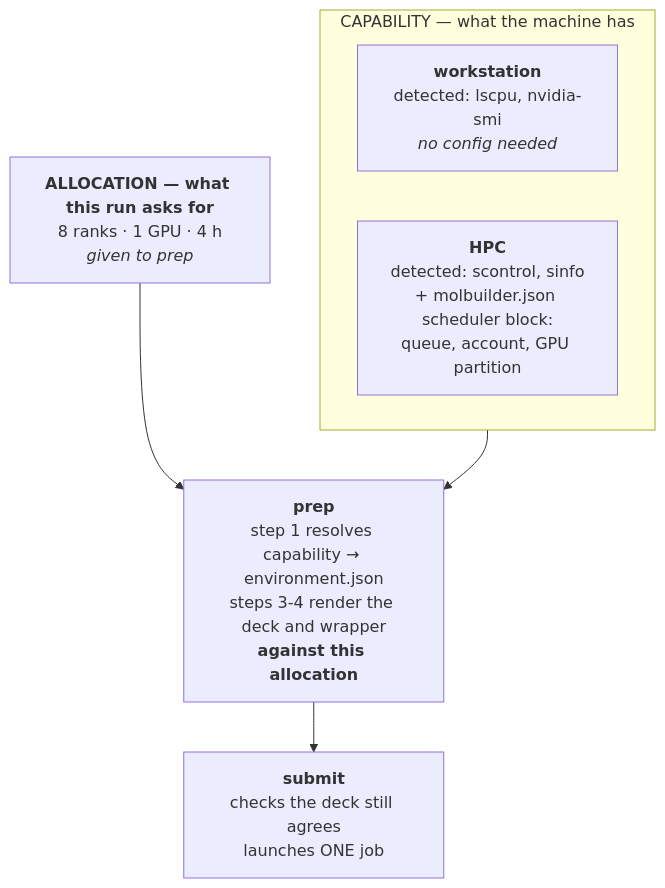
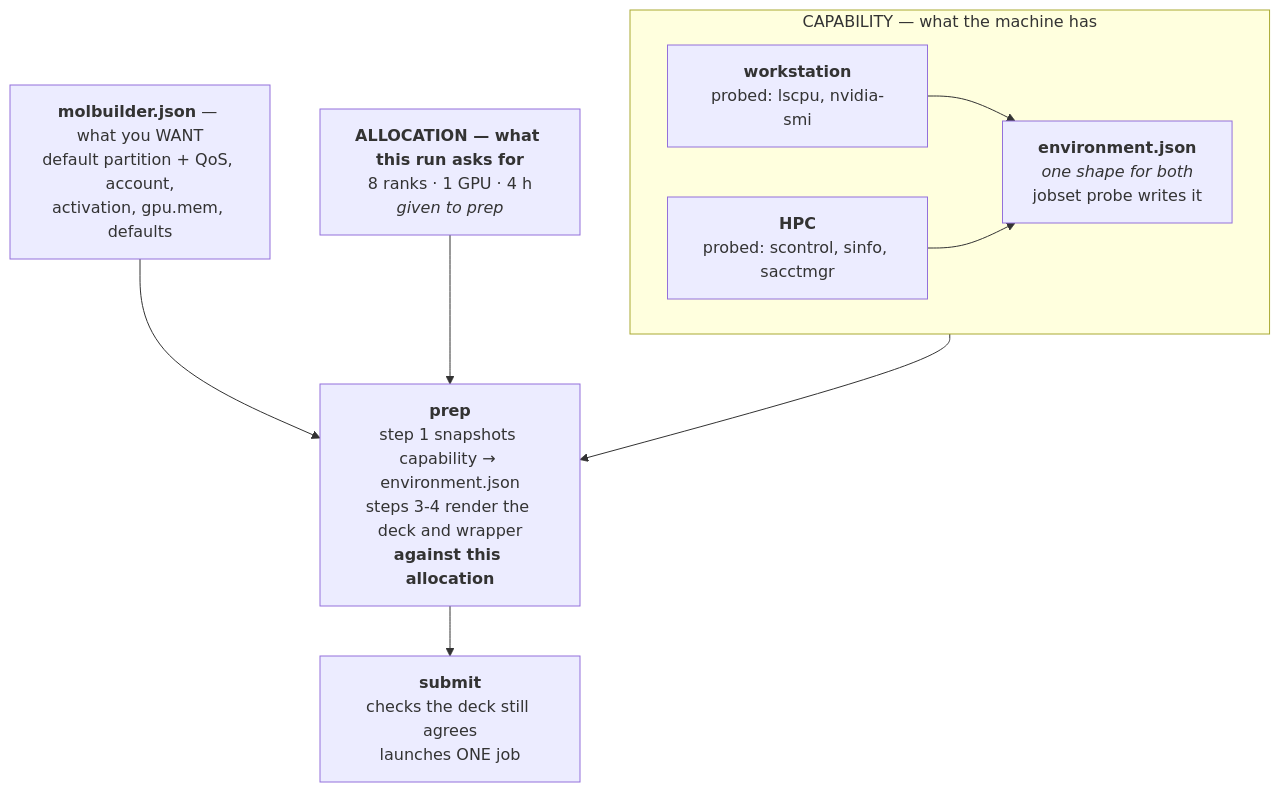
One commit to Qing-LAB/molbuilder changed the eighth of 11 diagrams in docs/execution/project-layout.md. Above: the diagram before and after it, drawn with Mermaid. The commit also changed other lines of this file and 85 other files, not shown here.

First line of the commit message:
refactor(contracts): one door per fact -- template path, GPU rule, machine-answered set

````diff
--- a/docs/execution/project-layout.md
+++ b/docs/execution/project-layout.md
@@ -883,14 +900,19 @@
 ```mermaid
 flowchart TB
     subgraph cap["CAPABILITY — what the machine has"]
       direction LR
-      W["<b>workstation</b><br/>detected: lscpu, nvidia-smi<br/><i>no config needed</i>"]
-      H["<b>HPC</b><br/>detected: scontrol, sinfo<br/>+ molbuilder.json scheduler block:<br/>queue, account, GPU partition"]
+      W["<b>workstation</b><br/>probed: lscpu, nvidia-smi"]
+      H["<b>HPC</b><br/>probed: scontrol, sinfo, sacctmgr"]
+      E["<b>environment.json</b><br/><i>one shape for both</i><br/>jobset probe writes it"]
+      W --> E
+      H --> E
     end
+    C["<b>molbuilder.json</b> — what you WANT<br/>default partition + QoS, account,<br/>activation, gpu.mem, defaults"]
     A["<b>ALLOCATION — what this run asks for</b><br/>8 ranks · 1 GPU · 4 h<br/><i>given to prep</i>"]
-    P["<b>prep</b><br/>step 1 resolves capability → environment.json<br/>steps 3-4 render the deck and wrapper<br/><b>against this allocation</b>"]
+    P["<b>prep</b><br/>step 1 snapshots capability → environment.json<br/>steps 3-4 render the deck and wrapper<br/><b>against this allocation</b>"]
     S["<b>submit</b><br/>checks the deck still agrees<br/>launches ONE job"]
     cap --> P
+    C --> P
     A --> P
     P --> S
 ```
````
